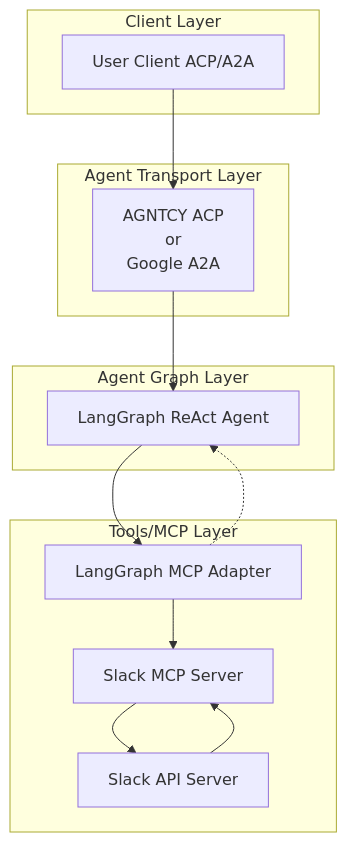
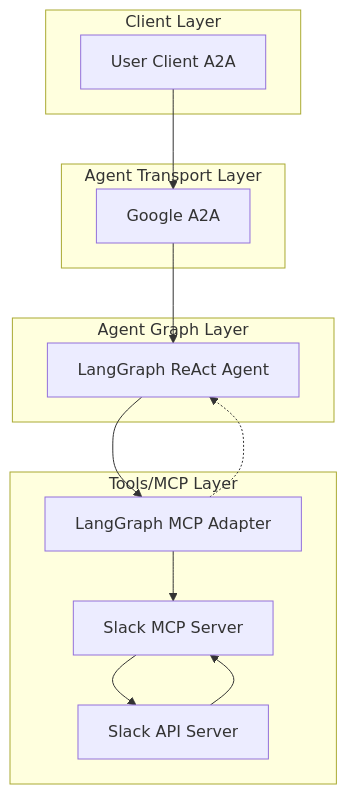
The diagram in ai_platform_engineering/agents/slack/README.md (tensai828/ai-driven-platform-operations), drawn with Mermaid before and after one commit. The commit also changed other lines of this file and 11 other files, not shown here.

Commit message:
feat(helm): publish chart

````diff
--- a/ai_platform_engineering/agents/slack/README.md
+++ b/ai_platform_engineering/agents/slack/README.md
@@ -33,25 +33,25 @@
 ```mermaid
 flowchart TD
   subgraph Client Layer
-    A[User Client ACP/A2A]
+    A[User Client A2A]
   end
 
   subgraph Agent Transport Layer
-    B[AGNTCY ACP<br/>or<br/>Google A2A]
+    B[Google A2A]
   end
 
   subgraph Agent Graph Layer
     C[LangGraph ReAct Agent]
   end
 
   subgraph Tools/MCP Layer
     D[LangGraph MCP Adapter]
     E[Slack MCP Server]
     F[Slack API Server]
   end
 
   A --> B --> C
   C --> D
   D -.-> C
   D --> E --> F --> E
 ```
````
